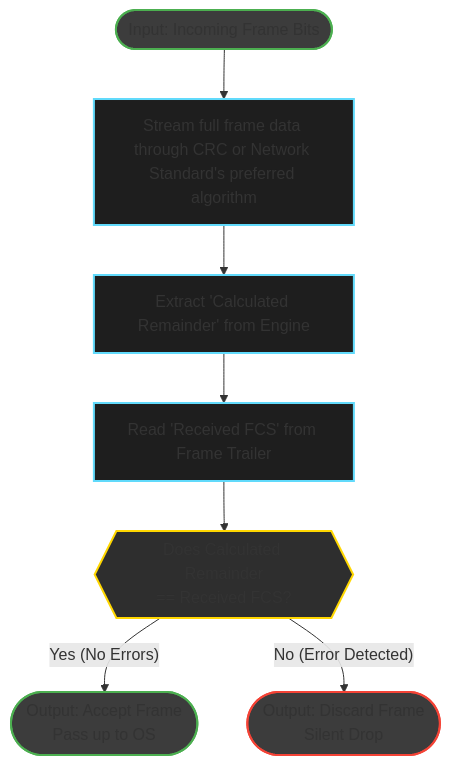
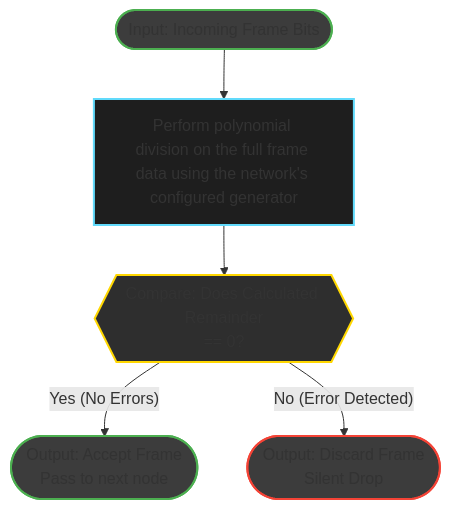
One commit to wholemealbaby/dcnc-as2 changed the diagram in b.1.md. Above: the diagram before and after it, drawn with Mermaid. The commit also changed other lines of this file and 1 other file, not shown here.

````diff
--- a/b.1.md
+++ b/b.1.md
@@ -38,27 +56,21 @@
 ```mermaid
 graph TD
     %% Define standard box styles
     classDef process fill:#1e1e1e,stroke:#61dafb,stroke-width:2px;
     classDef decision fill:#2e2e2e,stroke:#ffd700,stroke-width:2px;
     classDef terminal fill:#3c3c3c,stroke:#4caf50,stroke-width:2px,rx:10,ry:10;
     classDef error fill:#3c3c3c,stroke:#f44336,stroke-width:2px,rx:10,ry:10;
 
     %% --- THE FLOW --- %%
 
     Start([Input: Incoming Frame Bits]):::terminal
-    --> Stream[Stream full frame data through CRC or Network Standard's preferred algorithm]:::process
+    --> Stream[Perform polynomial division on the full frame data using the network's configured generator]:::process
 
     Stream
-    --> Extract[Extract 'Calculated Remainder' from Engine]:::process
-
-    Extract
-    --> Read[Read 'Received FCS' from Frame Trailer]:::process
-
-    Read
-    --> Compare{{Does Calculated Remainder<br/>== Received FCS?}}:::decision
+    --> Compare{{Compare: Does Calculated Remainder<br/>== 0?}}:::decision
 
     %% --- DECISION OUTPUTS --- %%
 
-    Compare -- "Yes (No Errors)" --> Accept([Output: Accept Frame<br/>Pass up to OS]):::terminal
+    Compare -- "Yes (No Errors)" --> Accept([Output: Accept Frame<br/>Pass to next node]):::terminal
     Compare -- "No (Error Detected)" --> Drop([Output: Discard Frame<br/>Silent Drop]):::error
 ```
````
